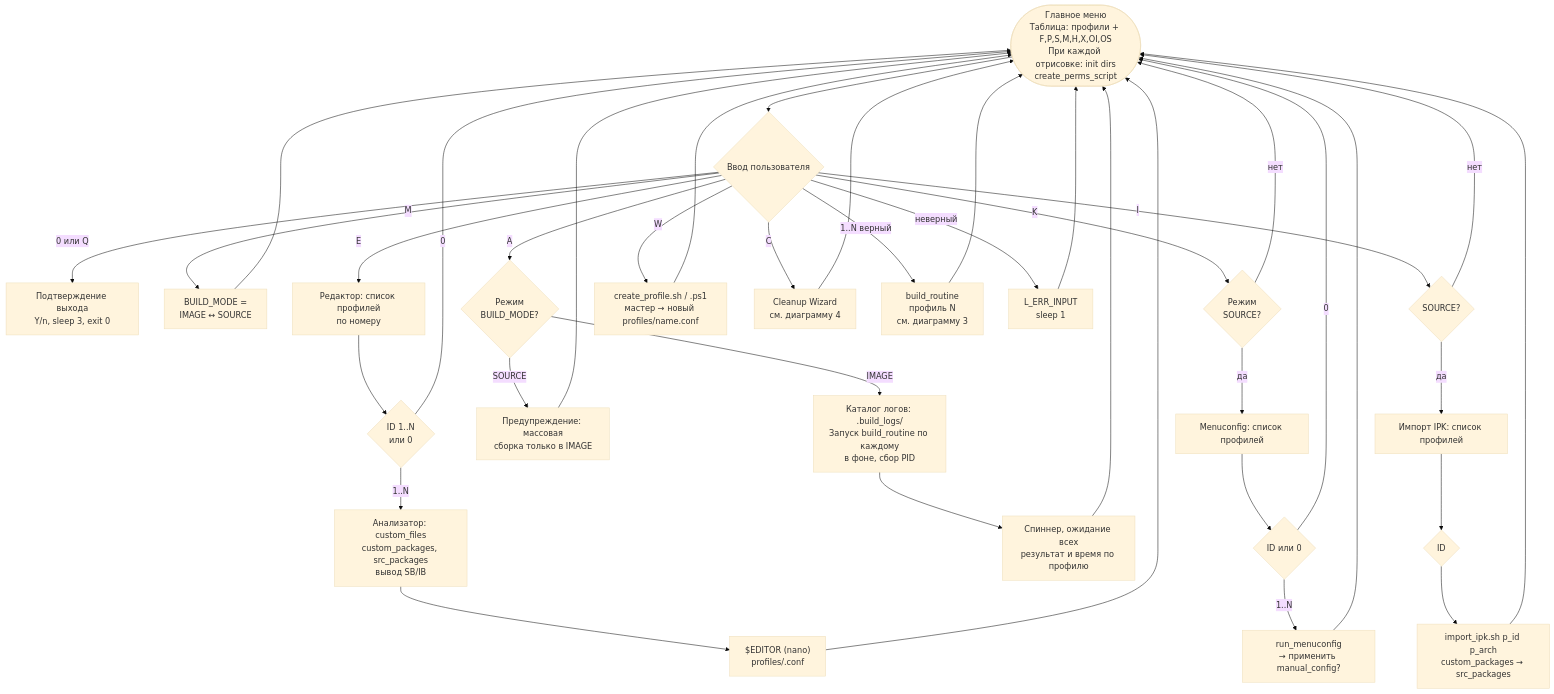
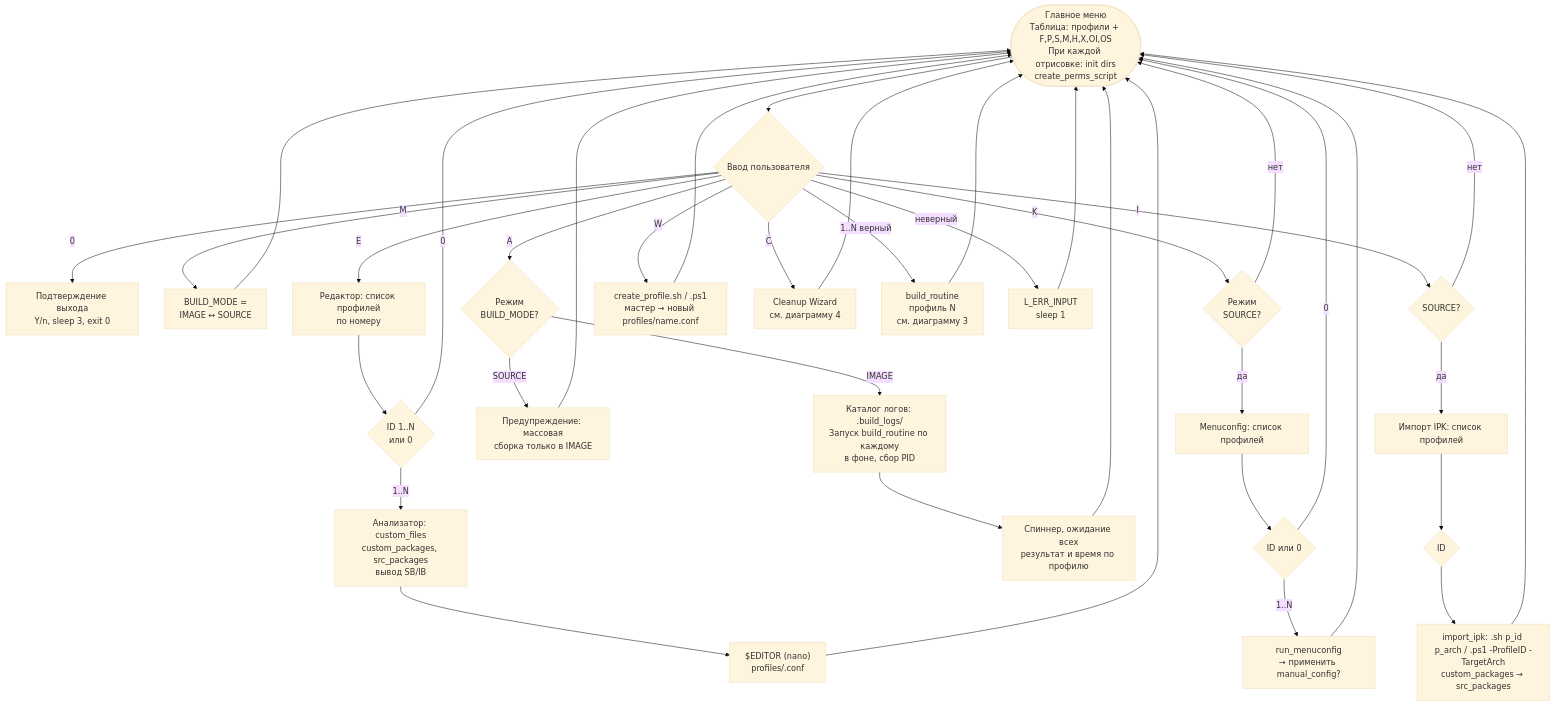
The seventh of 10 diagrams in docs/ARCHITECTURE_diagram.md (iqubik/routerFW), drawn with Mermaid (base theme) before and after one commit. The commit also changed other lines of this file and 3 other files, not shown here.

Commit message:
diagram fix

````diff
--- a/docs/ARCHITECTURE_diagram.md
+++ b/docs/ARCHITECTURE_diagram.md
@@ -214,50 +219,50 @@
 ```mermaid
 flowchart TD
     MENU([Главное меню\nТаблица: профили + F,P,S,M,H,X,OI,OS\nПри каждой отрисовке: init dirs\ncreate_perms_script])
     MENU --> CHOICE{Ввод пользователя}
 
-    CHOICE --> |0 или Q| EXIT[Подтверждение выхода\nY/n, sleep 3, exit 0]
+    CHOICE --> |0| EXIT[Подтверждение выхода\nY/n, sleep 3, exit 0]
     CHOICE --> |M| SWITCH[BUILD_MODE =\nIMAGE ↔ SOURCE]
     SWITCH --> MENU
 
     CHOICE --> |E| E_LIST[Редактор: список профилей\nпо номеру]
     E_LIST --> E_ID{ID 1..N\nили 0}
     E_ID --> |0| MENU
     E_ID --> |1..N| E_ANALYZE[Анализатор: custom_files\ncustom_packages, src_packages\nвывод SB/IB]
     E_ANALYZE --> E_EDIT["$EDITOR (nano)\nprofiles/<id>.conf"]
     E_EDIT --> MENU
 
     CHOICE --> |A| A_CHECK{Режим\nBUILD_MODE?}
     A_CHECK --> |SOURCE| A_WARN[Предупреждение: массовая\nсборка только в IMAGE]
     A_WARN --> MENU
     A_CHECK --> |IMAGE| A_RUN[Каталог логов: .build_logs/<ts>\nЗапуск build_routine по каждому\nв фоне, сбор PID]
     A_RUN --> A_WAIT[Спиннер, ожидание всех\nрезультат и время по профилю]
     A_WAIT --> MENU
 
     CHOICE --> |K| K_CHECK{Режим\nSOURCE?}
     K_CHECK --> |нет| MENU
     K_CHECK --> |да| K_LIST[Menuconfig: список профилей]
     K_LIST --> K_ID{ID или 0}
     K_ID --> |0| MENU
     K_ID --> |1..N| K_MC[run_menuconfig\n→ применить manual_config?]
     K_MC --> MENU
 
     CHOICE --> |I| I_CHECK{SOURCE?}
     I_CHECK --> |нет| MENU
     I_CHECK --> |да| I_LIST[Импорт IPK: список профилей]
     I_LIST --> I_ID{ID}
-    I_ID --> I_RUN[import_ipk.sh p_id p_arch\ncustom_packages → src_packages]
+    I_ID --> I_RUN[import_ipk: .sh p_id p_arch / .ps1 -ProfileID -TargetArch\ncustom_packages → src_packages]
     I_RUN --> MENU
 
     CHOICE --> |W| W_RUN[create_profile.sh / .ps1\nмастер → новый profiles/name.conf]
     W_RUN --> MENU
 
     CHOICE --> |C| CLEAN_WIZ[Cleanup Wizard\nсм. диаграмму 4]
     CLEAN_WIZ --> MENU
 
     CHOICE --> |1..N верный| BUILD[build_routine\nпрофиль N\nсм. диаграмму 3]
     BUILD --> MENU
 
     CHOICE --> |неверный| ERR[L_ERR_INPUT\nsleep 1]
     ERR --> MENU
 ```
````
